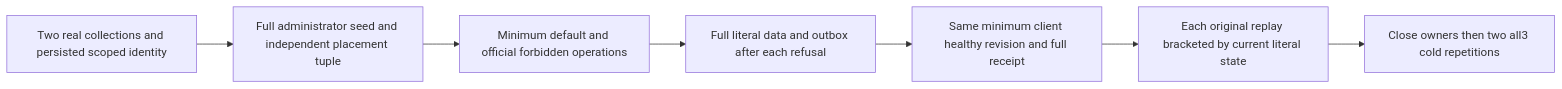
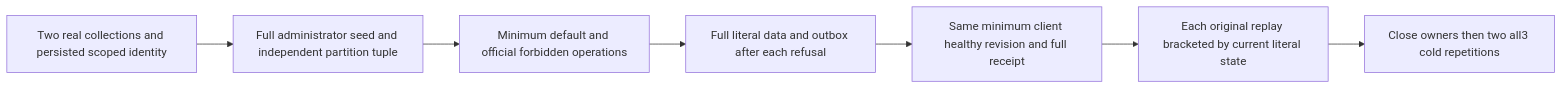
One commit to managedcode/KeyLoad changed the diagram in docs/Features/ClientApi/SdkProblemBudgetPublic.md. Above: the diagram before and after it, drawn with Mermaid. The commit also changed other lines of this file and 7356 other files, not shown here.

````diff
--- a/docs/Features/ClientApi/SdkProblemBudgetPublic.md
+++ b/docs/Features/ClientApi/SdkProblemBudgetPublic.md
@@ -11,9 +11,9 @@
 ```mermaid
 flowchart LR
- A[Two real collections and persisted scoped identity] --> B[Full administrator seed and independent placement tuple]
+ A[Two real collections and persisted scoped identity] --> B[Full administrator seed and independent partition tuple]
  B --> C[Minimum default and official forbidden operations]
  C --> D[Full literal data and outbox after each refusal]
  D --> E[Same minimum client healthy revision and full receipt]
  E --> F[Each original replay bracketed by current literal state]
  F --> G[Close owners then two all3 cold repetitions]
 ```
````
